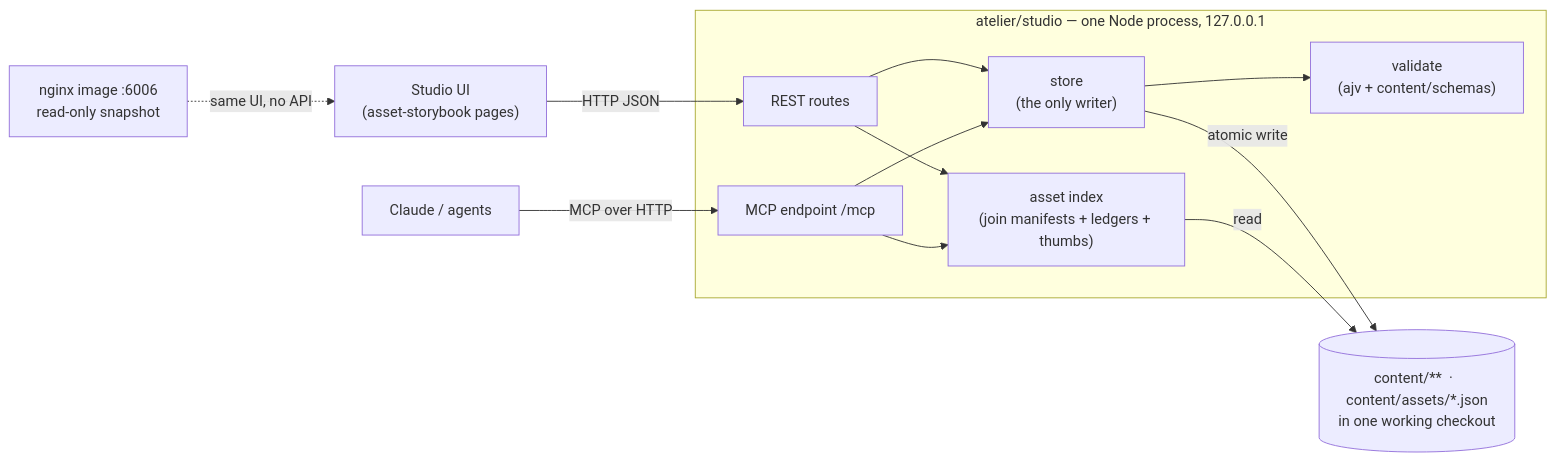
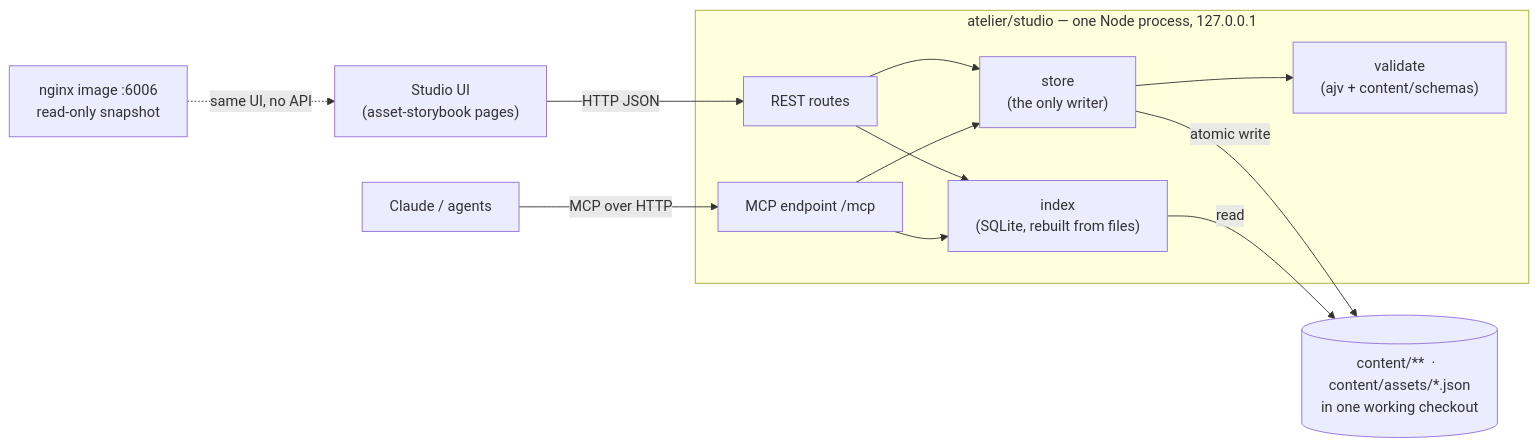
One commit to montionugera/atlas-world-svc changed the diagram in .claude/idea_backlog/I-123-asset-studio-settings-per-domain-and-ass/spec.md. Above: the diagram before and after it, drawn with Mermaid. The commit also changed other lines of this file, not shown here.

Commit message:
docs(I-123): SQLite as rebuildable index; studio on Node 22+

````diff
--- a/.claude/idea_backlog/I-123-asset-studio-settings-per-domain-and-ass/spec.md
+++ b/.claude/idea_backlog/I-123-asset-studio-settings-per-domain-and-ass/spec.md
@@ -48,16 +49,16 @@
 ```mermaid
 flowchart LR
   UI["Studio UI<br/>(asset-storybook pages)"] -->|HTTP JSON| API
   AG["Claude / agents"] -->|MCP over HTTP| MCP
   subgraph S["atelier/studio — one Node process, 127.0.0.1"]
     API["REST routes"] --> ST["store<br/>(the only writer)"]
     MCP["MCP endpoint /mcp"] --> ST
     ST --> V["validate<br/>(ajv + content/schemas)"]
-    IDX["asset index<br/>(join manifests + ledgers + thumbs)"]
+    IDX["index<br/>(SQLite, rebuilt from files)"]
     API --> IDX
     MCP --> IDX
   end
   ST -->|atomic write| FILES[("content/**  ·  content/assets/*.json<br/>in one working checkout")]
   IDX -->|read| FILES
   NG["nginx image :6006<br/>read-only snapshot"] -.same UI, no API.-> UI
 ```
````
